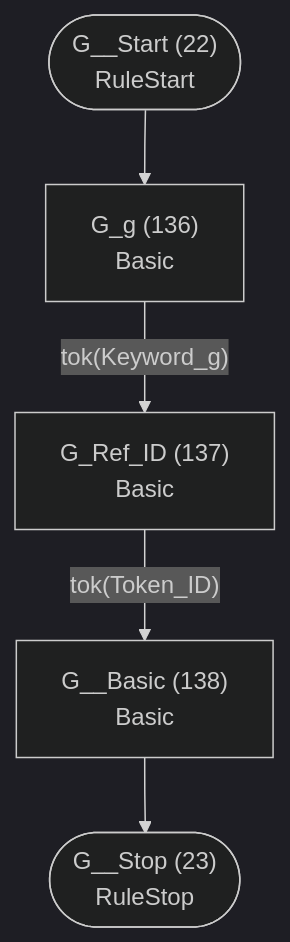
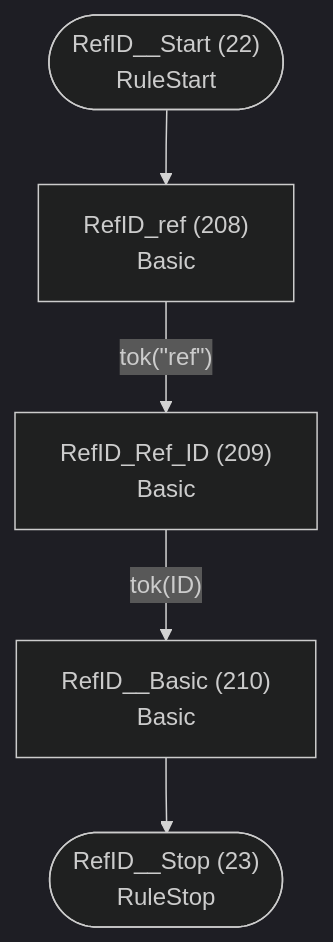
Diagram 12 of 46 in internal/languages/completion/atn.md (TypeFox/fastbelt), drawn with Mermaid (dark theme) before and after one commit. The commit also changed other lines of this file and 58 other files, not shown here.

````diff
--- a/internal/languages/completion/atn.md
+++ b/internal/languages/completion/atn.md
@@ -317,13 +382,13 @@
 ```mermaid
 flowchart TD
-    q22(["G__Start (22)<br/>RuleStart"])
-    q23(["G__Stop (23)<br/>RuleStop"])
-    q136["G_g (136)<br/>Basic<br/>"]
-    q137["G_Ref_ID (137)<br/>Basic<br/>"]
-    q138["G__Basic (138)<br/>Basic<br/>"]
+    q22(["RefID__Start (22)<br/>RuleStart"])
+    q23(["RefID__Stop (23)<br/>RuleStop"])
+    q208["RefID_ref (208)<br/>Basic<br/>"]
+    q209["RefID_Ref_ID (209)<br/>Basic<br/>"]
+    q210["RefID__Basic (210)<br/>Basic<br/>"]
 
-    q22 --> q136
-    q136 -->|"tok(Keyword_g)"| q137
-    q137 -->|"tok(Token_ID)"| q138
-    q138 --> q23
+    q22 --> q208
+    q208 -->|"tok(&quot;ref&quot;)"| q209
+    q209 -->|"tok(ID)"| q210
+    q210 --> q23
 ```
````
